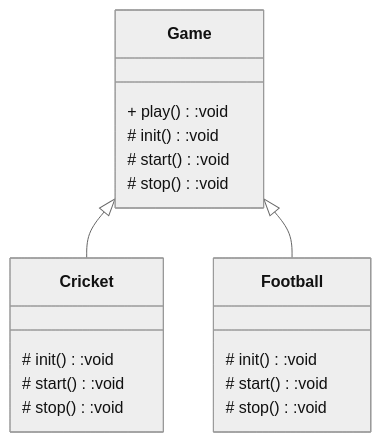
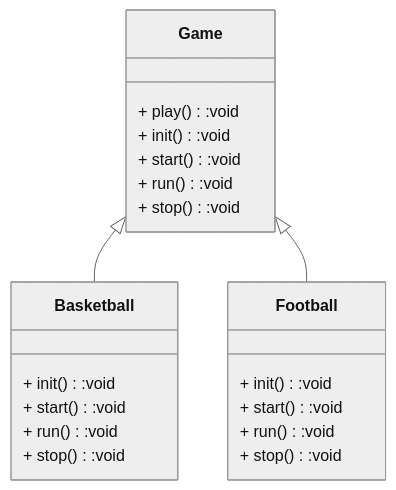
The diagram in source/_posts/设计模式之模板方法模式.md (wqf31415/wqf31415.github.io), drawn with Mermaid (neutral theme) before and after one commit. The commit also changed other lines of this file, not shown here.

````diff
--- a/source/_posts/设计模式之模板方法模式.md
+++ b/source/_posts/设计模式之模板方法模式.md
@@ -14,22 +14,25 @@
 ```mermaid
 classDiagram
 class Game {
   + play():void
-  # init():void
-  # start():void
-  # stop():void
+  + init():void
+  + start():void
+  + run():void
+  + stop():void
 }
-class Cricket {
-  # init():void
-  # start():void
-  # stop():void
+class Basketball {
+  + init():void
+  + start():void
+  + run():void
+  + stop():void
 }
 class Football {
-  # init():void
-  # start():void
-  # stop():void
+  + init():void
+  + start():void
+  + run():void
+  + stop():void
 }
-Game <|-- Cricket
+Game <|-- Basketball
 Game <|-- Football
 
 ```
````
